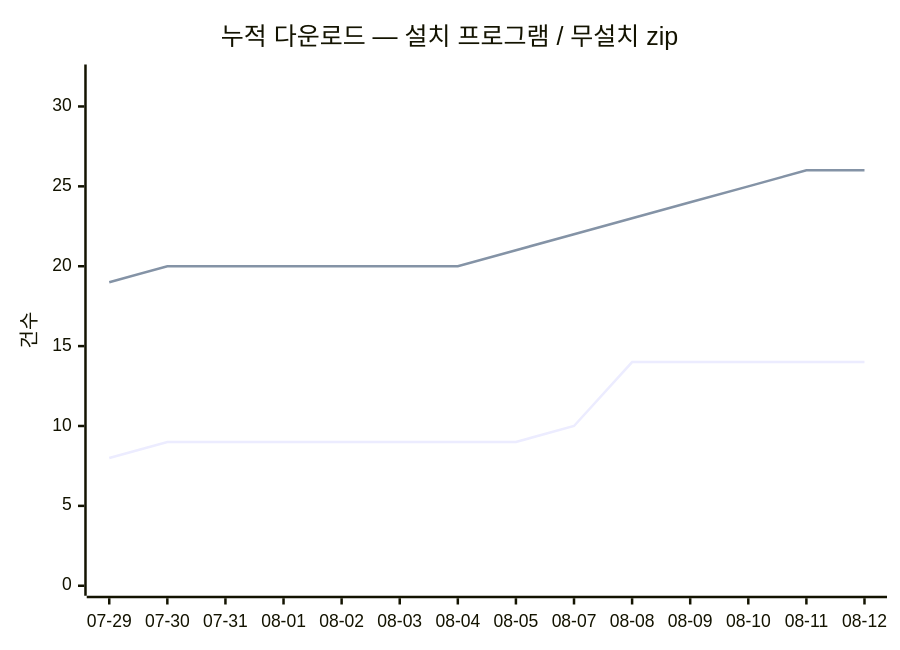
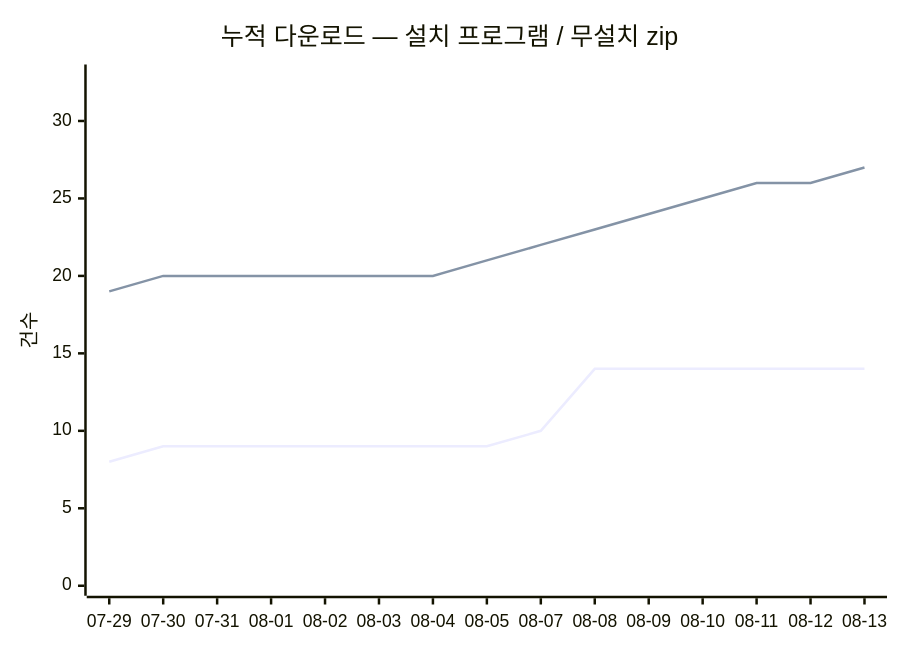
Before and after one commit to dodaseo/ibis-releases: the diagram in README.md, drawn with Mermaid. The commit also changed other lines of this file and 2 other files, not shown here.

Commit message:
chore(stats): 다운로드 스냅숏 2026-08-13

````diff
--- a/README.md
+++ b/README.md
@@ -144,8 +144,8 @@
 ```mermaid
 xychart-beta
     title "누적 다운로드 — 설치 프로그램 / 무설치 zip"
-    x-axis [07-29, 07-30, 07-31, 08-01, 08-02, 08-03, 08-04, 08-05, 08-07, 08-08, 08-09, 08-10, 08-11, 08-12]
-    y-axis "건수" 0 --> 32
-    line [8, 9, 9, 9, 9, 9, 9, 9, 10, 14, 14, 14, 14, 14]
-    line [19, 20, 20, 20, 20, 20, 20, 21, 22, 23, 24, 25, 26, 26]
+    x-axis [07-29, 07-30, 07-31, 08-01, 08-02, 08-03, 08-04, 08-05, 08-07, 08-08, 08-09, 08-10, 08-11, 08-12, 08-13]
+    y-axis "건수" 0 --> 33
+    line [8, 9, 9, 9, 9, 9, 9, 9, 10, 14, 14, 14, 14, 14, 14]
+    line [19, 20, 20, 20, 20, 20, 20, 21, 22, 23, 24, 25, 26, 26, 27]
 ```
````
